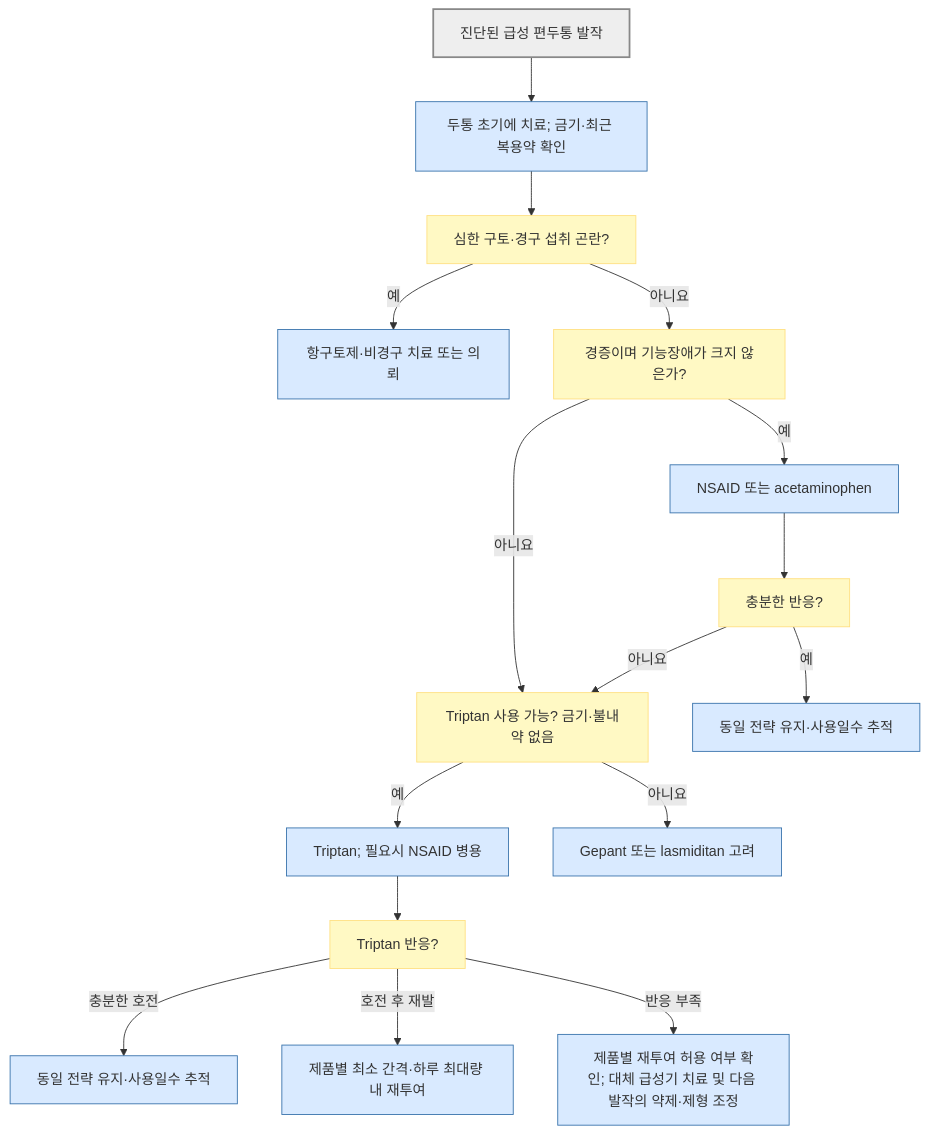
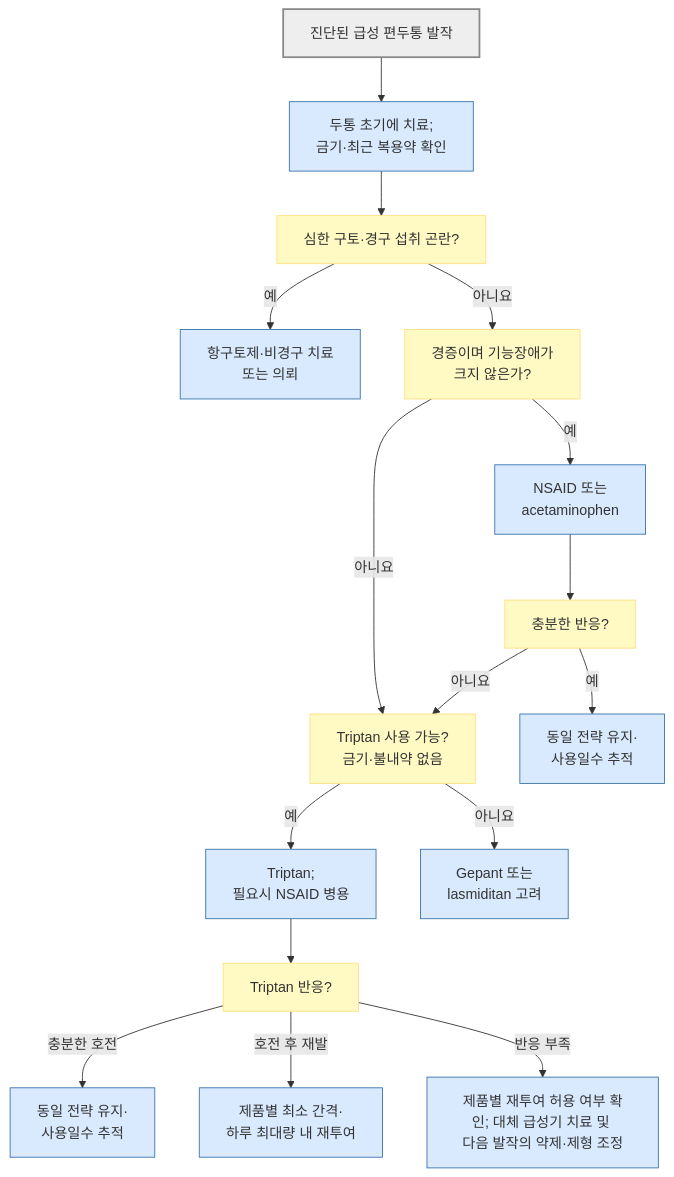
The second of 2 diagrams in 221_/016_-migraine.md (familyoh77/familyoh77), drawn with Mermaid before and after one commit. The commit also changed other lines of this file, not shown here.

````diff
--- a/221_/016_-migraine.md
+++ b/221_/016_-migraine.md
@@ -348,23 +348,23 @@
 ```mermaid
 flowchart TD
-    A["진단된 급성 편두통 발작"] --> B["두통 초기에 치료; 금기·최근 복용약 확인"]
+    A["진단된 급성 편두통 발작"] --> B["두통 초기에 치료; <br/>금기·최근 복용약 확인"]
     B --> C["심한 구토·경구 섭취 곤란?"]
-    C -- "예" --> D["항구토제·비경구 치료 또는 의뢰"]
-    C -- "아니요" --> E["경증이며 기능장애가 크지 않은가?"]
-    E -- "예" --> F["NSAID 또는 acetaminophen"]
-    E -- "아니요" --> G["Triptan 사용 가능? 금기·불내약 없음"]
+    C -- "예" --> D["항구토제·비경구 치료 <br/>또는 의뢰"]
+    C -- "아니요" --> E["경증이며 기능장애가 <br/>크지 않은가?"]
+    E -- "예" --> F["NSAID 또는 <br/>acetaminophen"]
+    E -- "아니요" --> G["Triptan 사용 가능? <br/>금기·불내약 없음"]
     F --> H["충분한 반응?"]
-    H -- "예" --> I["동일 전략 유지·사용일수 추적"]
+    H -- "예" --> I["동일 전략 유지·<br/>사용일수 추적"]
     H -- "아니요" --> G
-    G -- "예" --> K["Triptan; 필요시 NSAID 병용"]
-    G -- "아니요" --> J["Gepant 또는 lasmiditan 고려"]
+    G -- "예" --> K["Triptan; <br/>필요시 NSAID 병용"]
+    G -- "아니요" --> J["Gepant 또는 <br/>lasmiditan 고려"]
     K --> L["Triptan 반응?"]
-    L -- "충분한 호전" --> M["동일 전략 유지·사용일수 추적"]
-    L -- "호전 후 재발" --> N["제품별 최소 간격·하루 최대량 내 재투여"]
-    L -- "반응 부족" --> O["제품별 재투여 허용 여부 확인; 대체 급성기 치료 및 다음 발작의 약제·제형 조정"]
+    L -- "충분한 호전" --> M["동일 전략 유지·<br/>사용일수 추적"]
+    L -- "호전 후 재발" --> N["제품별 최소 간격·<br/>하루 최대량 내 재투여"]
+    L -- "반응 부족" --> O["제품별 재투여 허용 여부 확인; 대체 급성기 치료 및 <br/>다음 발작의 약제·제형 조정"]
     classDef question fill:#fff9c4,stroke:#ffe082
     classDef care fill:#d9eaff,stroke:#3973ac
     class C,E,G,H,L question
     class B,D,F,I,J,K,M,N,O care
     style A fill:#eeeeee,stroke:#888888,stroke-width:2px
 ```
````
